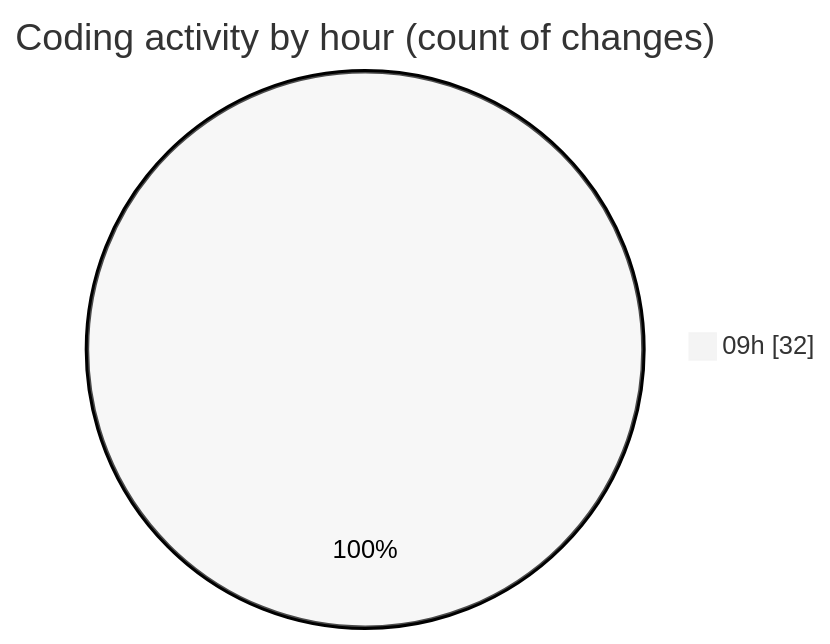
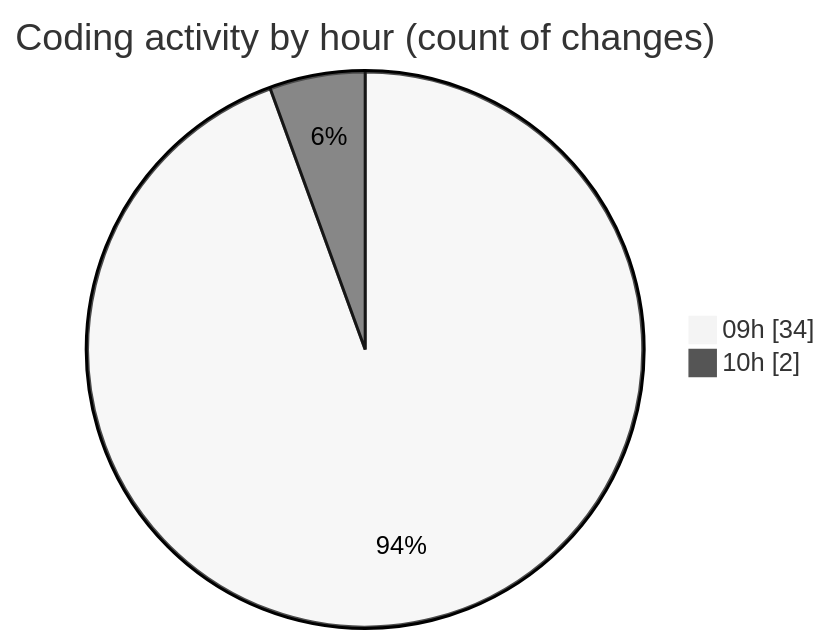
One commit to momahboobian/code-tracking changed the second of 2 diagrams in 2026-07-20/cda/README.md. Above: the diagram before and after it, drawn with Mermaid (neutral theme). The commit also changed other lines of this file and 1 other file, not shown here.

````diff
--- a/2026-07-20/cda/README.md
+++ b/2026-07-20/cda/README.md
@@ -61,5 +61,6 @@
 ```mermaid
 pie showData
 title Coding activity by hour (count of changes)
-"09h" : 32
+"09h" : 34
+"10h" : 2
 ```
````
